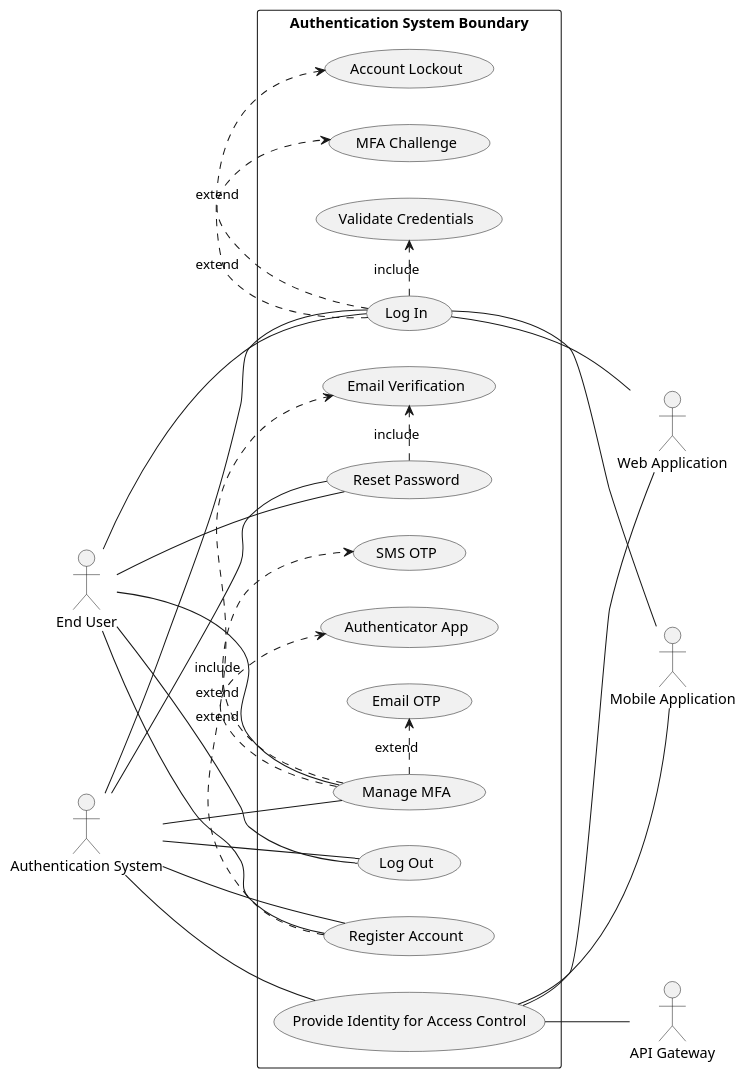
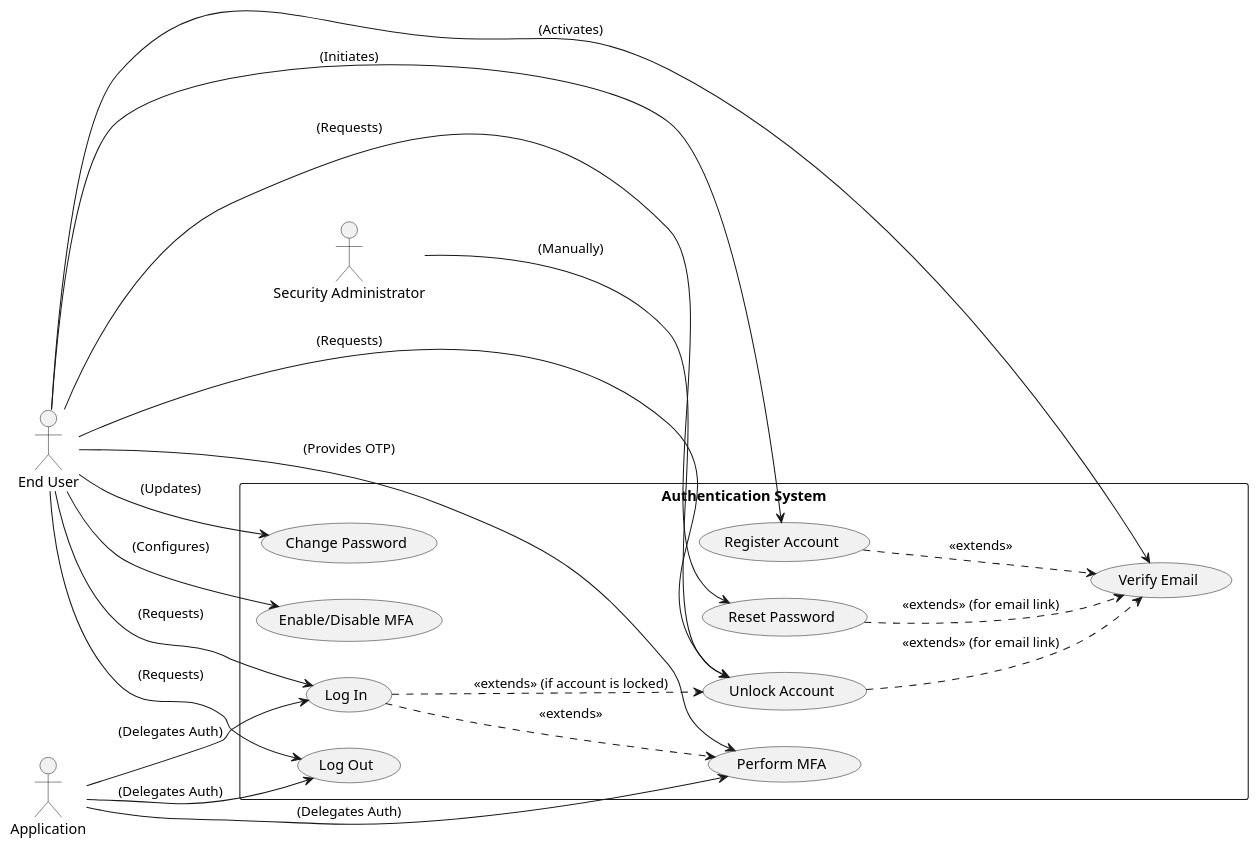
The diagram in artifacts/spec/spec.md (Bimmi-kumari-singh/Agent-testing), drawn with PlantUML before and after one commit. The commit also changed other lines of this file, not shown here.

````diff
--- a/artifacts/spec/spec.md
+++ b/artifacts/spec/spec.md
@@ -302,42 +344,45 @@
 ```plantuml
 @startuml
 left to right direction
 
 actor "End User" as User
-actor "Web Application" as WebApp
-actor "Mobile Application" as MobileApp
-actor "API Gateway" as APIGateway
-actor "Authentication System" as AuthSystem
+actor "Application" as App
+actor "Security Administrator" as Admin
 
-rectangle "Authentication System Boundary" {
-    AuthSystem -- (Register Account)
-    AuthSystem -- (Log In)
-    AuthSystem -- (Reset Password)
-    AuthSystem -- (Manage MFA)
-    AuthSystem -- (Log Out)
-    AuthSystem -- (Provide Identity for Access Control)
-
-    (Register Account) .> (Email Verification) : include
-    (Log In) .> (Validate Credentials) : include
-    (Log In) .> (Account Lockout) : extend
-    (Log In) .> (MFA Challenge) : extend
-    (Reset Password) .> (Email Verification) : include
-    (Manage MFA) .> (Email OTP) : extend
-    (Manage MFA) .> (SMS OTP) : extend
-    (Manage MFA) .> (Authenticator App) : extend
+rectangle "Authentication System" {
+  usecase "Register Account" as UC_Register
+  usecase "Verify Email" as UC_VerifyEmail
+  usecase "Log In" as UC_Login
+  usecase "Reset Password" as UC_ResetPassword
+  usecase "Change Password" as UC_ChangePassword
+  usecase "Enable/Disable MFA" as UC_MFA_Manage
+  usecase "Perform MFA" as UC_MFA_Perform
+  usecase "Log Out" as UC_Logout
+  usecase "Unlock Account" as UC_UnlockAccount
 }
 
-User -- (Register Account)
-User -- (Log In)
-User -- (Reset Password)
-User -- (Manage MFA)
-User -- (Log Out)
+User --> UC_Register : (Initiates)
+User --> UC_VerifyEmail : (Activates)
+User --> UC_Login : (Requests)
+User --> UC_ResetPassword : (Requests)
+User --> UC_ChangePassword : (Updates)
+User --> UC_MFA_Manage : (Configures)
+User --> UC_MFA_Perform : (Provides OTP)
+User --> UC_Logout : (Requests)
+User --> UC_UnlockAccount : (Requests)
 
-(Log In) -- WebApp
-(Log In) -- MobileApp
-(Provide Identity for Access Control) -- WebApp
-(Provide Identity for Access Control) -- MobileApp
-(Provide Identity for Access Control) -- APIGateway
+App --> UC_Login : (Delegates Auth)
+App --> UC_MFA_Perform : (Delegates Auth)
+App --> UC_Logout : (Delegates Auth)
+
+Admin --> UC_UnlockAccount : (Manually)
+
+UC_Register ..> UC_VerifyEmail : <<extends>>
+UC_Login ..> UC_MFA_Perform : <<extends>>
+UC_Login ..> UC_UnlockAccount : <<extends>> (if account is locked)
+UC_ResetPassword ..> UC_VerifyEmail : <<extends>> (for email link)
+UC_UnlockAccount ..> UC_VerifyEmail : <<extends>> (for email link)
+
 
 @enduml
 ```
````
